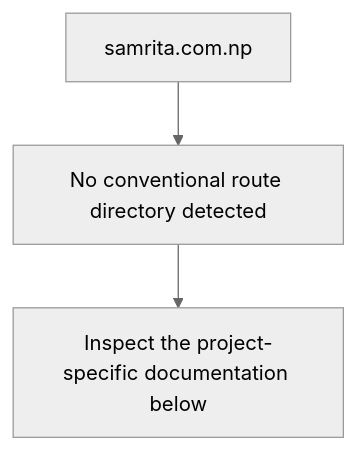
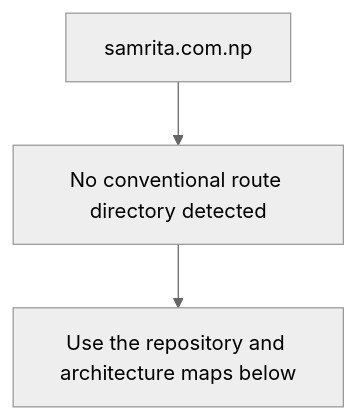
One commit to Nischhalsubba/samrita.com.np changed the second of 5 diagrams in README.md. Above: the diagram before and after it, drawn with Mermaid (neutral theme). The commit also changed other lines of this file, not shown here.

````diff
--- a/README.md
+++ b/README.md
@@ -47,6 +78,6 @@
 ```mermaid
 flowchart TD
     APP["samrita.com.np"]
     APP --> SOURCE["No conventional route directory detected"]
-    SOURCE --> VERIFY["Inspect the project-specific documentation below"]
+    SOURCE --> GUIDE["Use the repository and architecture maps below"]
 ```
````
